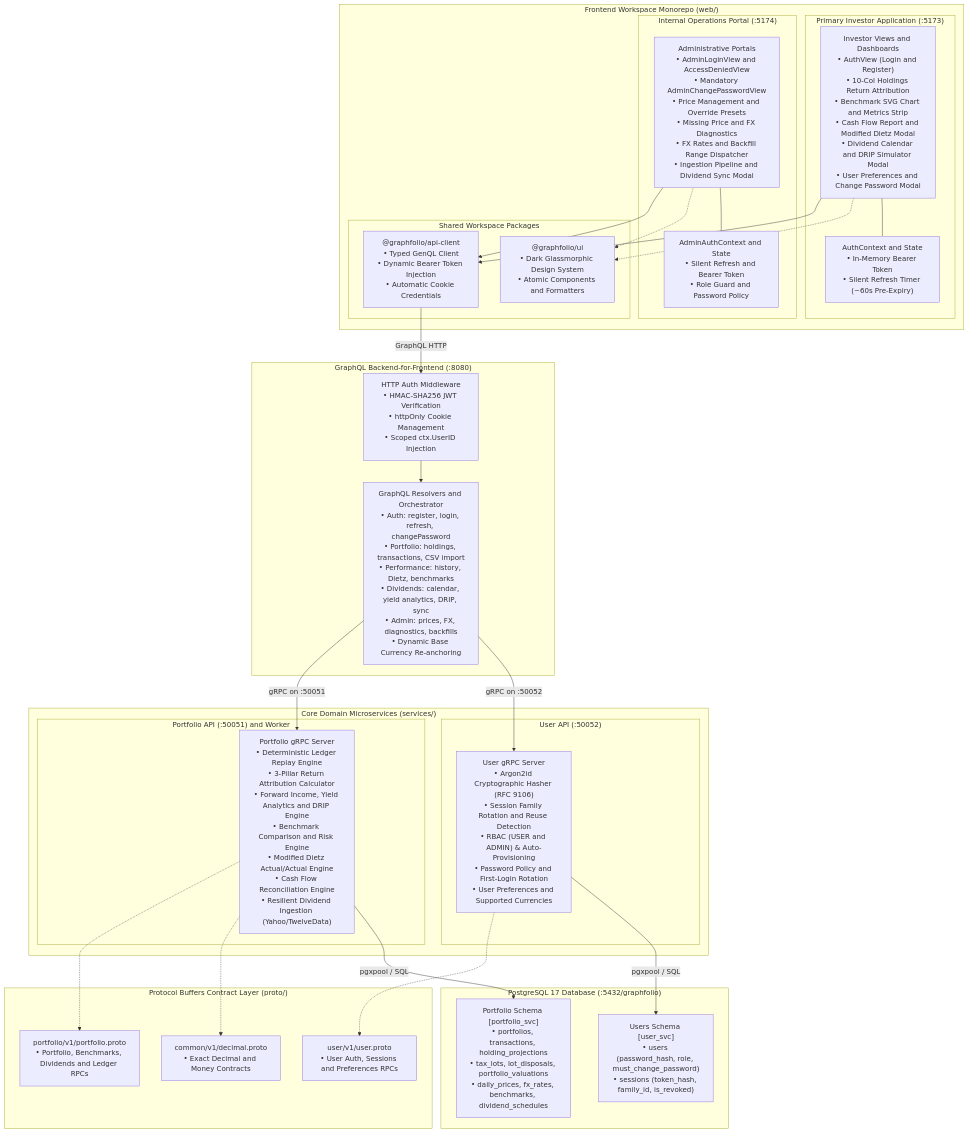
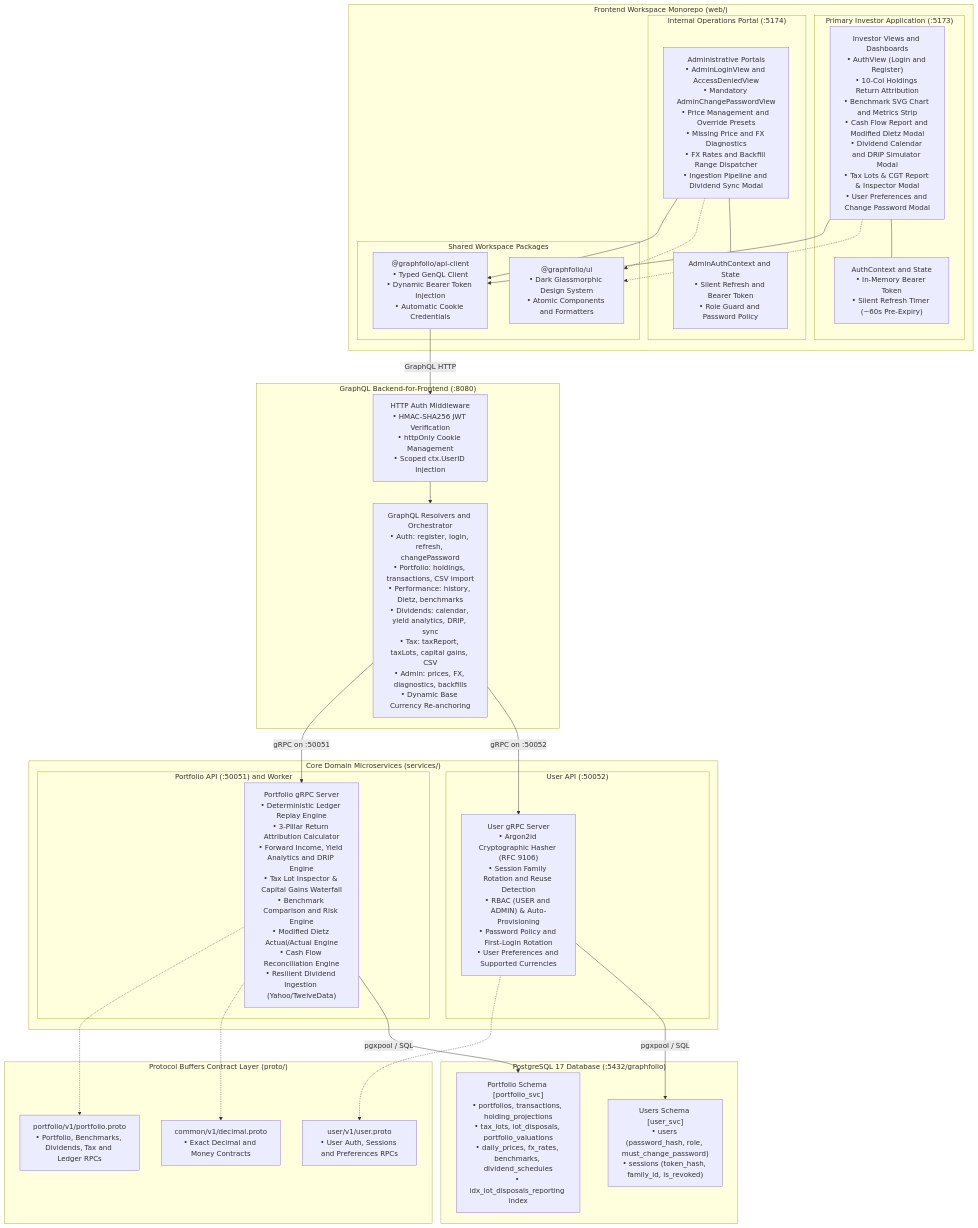
Before and after one commit to garcios/graphfolio: the diagram in README.md, drawn with Mermaid. The commit also changed other lines of this file and 46 other files, not shown here.

Commit message:
feat: add tax lots reporting and capital gains tax dashboard components

````diff
--- a/README.md
+++ b/README.md
@@ -199,70 +210,70 @@
 ```mermaid
 flowchart TB
     subgraph WebMonorepo ["Frontend Workspace Monorepo (web/)"]
         subgraph MainApp ["Primary Investor Application (:5173)"]
-            MAIN_UI["Investor Views and Dashboards<br/>• AuthView (Login and Register)<br/>• 10-Col Holdings Return Attribution<br/>• Benchmark SVG Chart and Metrics Strip<br/>• Cash Flow Report and Modified Dietz Modal<br/>• Dividend Calendar and DRIP Simulator Modal<br/>• User Preferences and Change Password Modal"]
+            MAIN_UI["Investor Views and Dashboards<br/>• AuthView (Login and Register)<br/>• 10-Col Holdings Return Attribution<br/>• Benchmark SVG Chart and Metrics Strip<br/>• Cash Flow Report and Modified Dietz Modal<br/>• Dividend Calendar and DRIP Simulator Modal<br/>• Tax Lots & CGT Report & Inspector Modal<br/>• User Preferences and Change Password Modal"]
             AUTH_CTX["AuthContext and State<br/>• In-Memory Bearer Token<br/>• Silent Refresh Timer (~60s Pre-Expiry)"]
         end
 
         subgraph AdminApp ["Internal Operations Portal (:5174)"]
             ADMIN_UI["Administrative Portals<br/>• AdminLoginView and AccessDeniedView<br/>• Mandatory AdminChangePasswordView<br/>• Price Management and Override Presets<br/>• Missing Price and FX Diagnostics<br/>• FX Rates and Backfill Range Dispatcher<br/>• Ingestion Pipeline and Dividend Sync Modal"]
             ADMIN_AUTH_CTX["AdminAuthContext and State<br/>• Silent Refresh and Bearer Token<br/>• Role Guard and Password Policy"]
         end
 
         subgraph SharedPackages ["Shared Workspace Packages"]
             CLIENT_PKG["@graphfolio/api-client<br/>• Typed GenQL Client<br/>• Dynamic Bearer Token Injection<br/>• Automatic Cookie Credentials"]
             UI_PKG["@graphfolio/ui<br/>• Dark Glassmorphic Design System<br/>• Atomic Components and Formatters"]
         end
     end
 
     subgraph BFFLayer ["GraphQL Backend-for-Frontend (:8080)"]
         BFF_MW["HTTP Auth Middleware<br/>• HMAC-SHA256 JWT Verification<br/>• httpOnly Cookie Management<br/>• Scoped ctx.UserID Injection"]
-        BFF_RESOLVER["GraphQL Resolvers and Orchestrator<br/>• Auth: register, login, refresh, changePassword<br/>• Portfolio: holdings, transactions, CSV import<br/>• Performance: history, Dietz, benchmarks<br/>• Dividends: calendar, yield analytics, DRIP, sync<br/>• Admin: prices, FX, diagnostics, backfills<br/>• Dynamic Base Currency Re-anchoring"]
+        BFF_RESOLVER["GraphQL Resolvers and Orchestrator<br/>• Auth: register, login, refresh, changePassword<br/>• Portfolio: holdings, transactions, CSV import<br/>• Performance: history, Dietz, benchmarks<br/>• Dividends: calendar, yield analytics, DRIP, sync<br/>• Tax: taxReport, taxLots, capital gains, CSV<br/>• Admin: prices, FX, diagnostics, backfills<br/>• Dynamic Base Currency Re-anchoring"]
     end
 
     subgraph ProtoLayer ["Protocol Buffers Contract Layer (proto/)"]
         COMMON_PB["common/v1/decimal.proto<br/>• Exact Decimal and Money Contracts"]
-        PORT_PB["portfolio/v1/portfolio.proto<br/>• Portfolio, Benchmarks, Dividends and Ledger RPCs"]
+        PORT_PB["portfolio/v1/portfolio.proto<br/>• Portfolio, Benchmarks, Dividends, Tax and Ledger RPCs"]
         USER_PB["user/v1/user.proto<br/>• User Auth, Sessions and Preferences RPCs"]
     end
 
     subgraph ServiceLayer ["Core Domain Microservices (services/)"]
         subgraph PortService ["Portfolio API (:50051) and Worker"]
-            PORT_SERVER["Portfolio gRPC Server<br/>• Deterministic Ledger Replay Engine<br/>• 3-Pillar Return Attribution Calculator<br/>• Forward Income, Yield Analytics and DRIP Engine<br/>• Benchmark Comparison and Risk Engine<br/>• Modified Dietz Actual/Actual Engine<br/>• Cash Flow Reconciliation Engine<br/>• Resilient Dividend Ingestion (Yahoo/TwelveData)"]
+            PORT_SERVER["Portfolio gRPC Server<br/>• Deterministic Ledger Replay Engine<br/>• 3-Pillar Return Attribution Calculator<br/>• Forward Income, Yield Analytics and DRIP Engine<br/>• Tax Lot Inspector & Capital Gains Waterfall<br/>• Benchmark Comparison and Risk Engine<br/>• Modified Dietz Actual/Actual Engine<br/>• Cash Flow Reconciliation Engine<br/>• Resilient Dividend Ingestion (Yahoo/TwelveData)"]
         end
 
         subgraph UserService ["User API (:50052)"]
             USER_SERVER["User gRPC Server<br/>• Argon2id Cryptographic Hasher (RFC 9106)<br/>• Session Family Rotation and Reuse Detection<br/>• RBAC (USER and ADMIN) & Auto-Provisioning<br/>• Password Policy and First-Login Rotation<br/>• User Preferences and Supported Currencies"]
         end
     end
 
     subgraph DBLayer ["PostgreSQL 17 Database (:5432/graphfolio)"]
-        PORT_DB["Portfolio Schema [portfolio_svc]<br/>• portfolios, transactions, holding_projections<br/>• tax_lots, lot_disposals, portfolio_valuations<br/>• daily_prices, fx_rates, benchmarks, dividend_schedules"]
+        PORT_DB["Portfolio Schema [portfolio_svc]<br/>• portfolios, transactions, holding_projections<br/>• tax_lots, lot_disposals, portfolio_valuations<br/>• daily_prices, fx_rates, benchmarks, dividend_schedules<br/>• idx_lot_disposals_reporting index"]
         USER_DB["Users Schema [user_svc]<br/>• users (password_hash, role, must_change_password)<br/>• sessions (token_hash, family_id, is_revoked)"]
     end
 
     %% Web Monorepo Internal Bindings
     MAIN_UI --> CLIENT_PKG
     ADMIN_UI --> CLIENT_PKG
     MAIN_UI -.-> UI_PKG
     ADMIN_UI -.-> UI_PKG
     MAIN_UI --- AUTH_CTX
     ADMIN_UI --- ADMIN_AUTH_CTX
 
     %% Frontend to BFF Communication
     CLIENT_PKG -->|"GraphQL HTTP"| BFF_MW
     BFF_MW --> BFF_RESOLVER
 
     %% BFF to Microservices gRPC
     BFF_RESOLVER -->|"gRPC on :50051"| PORT_SERVER
     BFF_RESOLVER -->|"gRPC on :50052"| USER_SERVER
 
     %% Protobuf Contract Implementations
     PORT_SERVER -.-> PORT_PB
     PORT_SERVER -.-> COMMON_PB
     USER_SERVER -.-> USER_PB
 
     %% Microservices to Database
     PORT_SERVER -->|"pgxpool / SQL"| PORT_DB
     USER_SERVER -->|"pgxpool / SQL"| USER_DB
 ```
````
